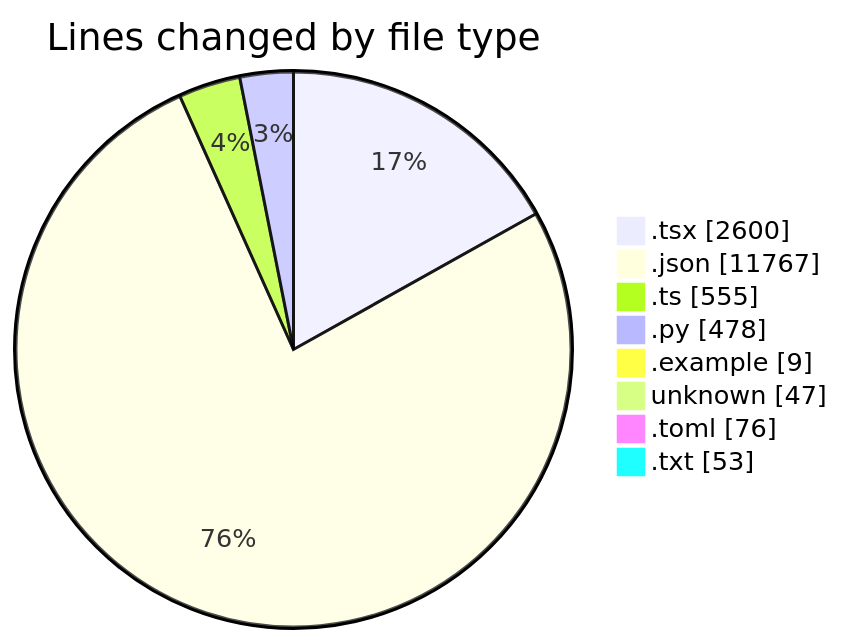
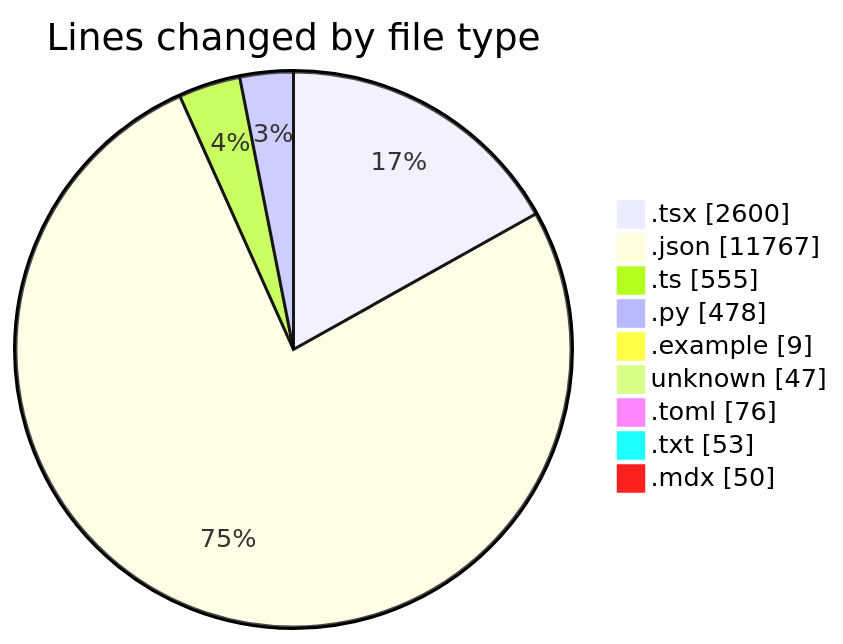
The first of 2 diagrams in 2025-04-30/niten/README.md (Elitesun/code-tracking), drawn with Mermaid before and after one commit. The commit also changed other lines of this file and 1 other file, not shown here.

````diff
--- a/2025-04-30/niten/README.md
+++ b/2025-04-30/niten/README.md
@@ -73,12 +74,13 @@
 ```mermaid
 pie showData
 title Lines changed by file type
 ".tsx" : 2600
 ".json" : 11767
 ".ts" : 555
 ".py" : 478
 ".example" : 9
 "unknown" : 47
 ".toml" : 76
 ".txt" : 53
+".mdx" : 50
 ```
````
